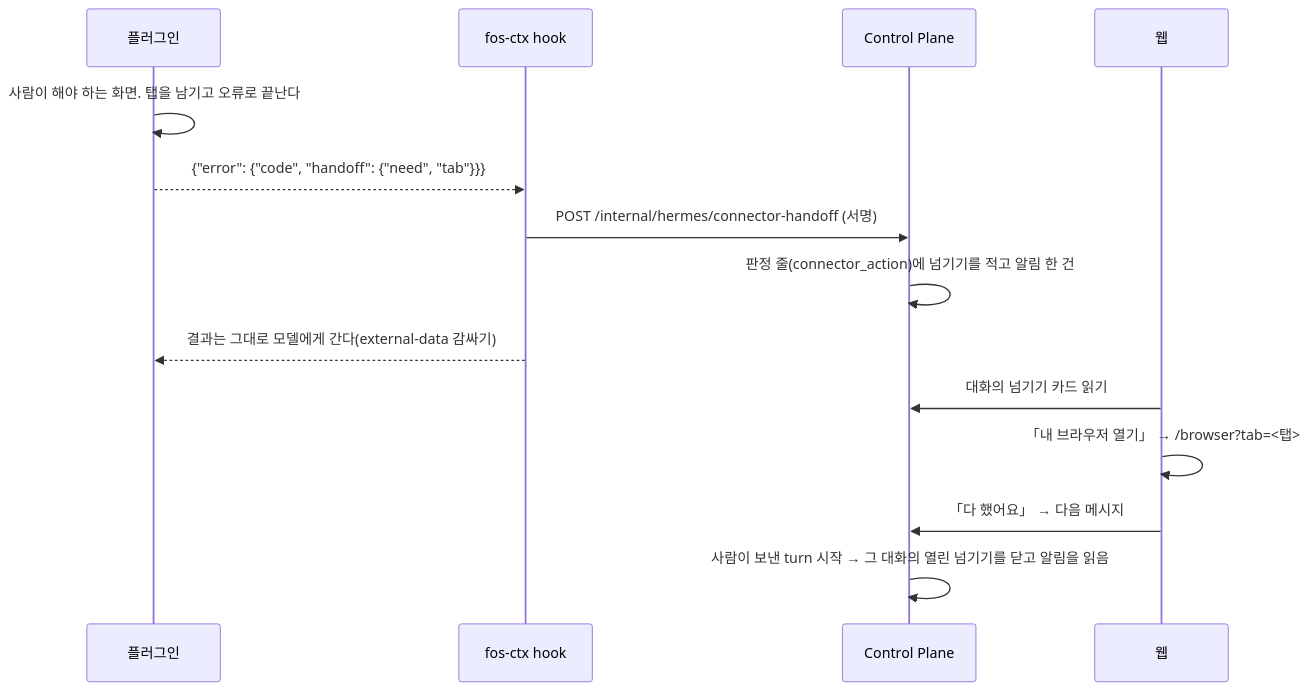
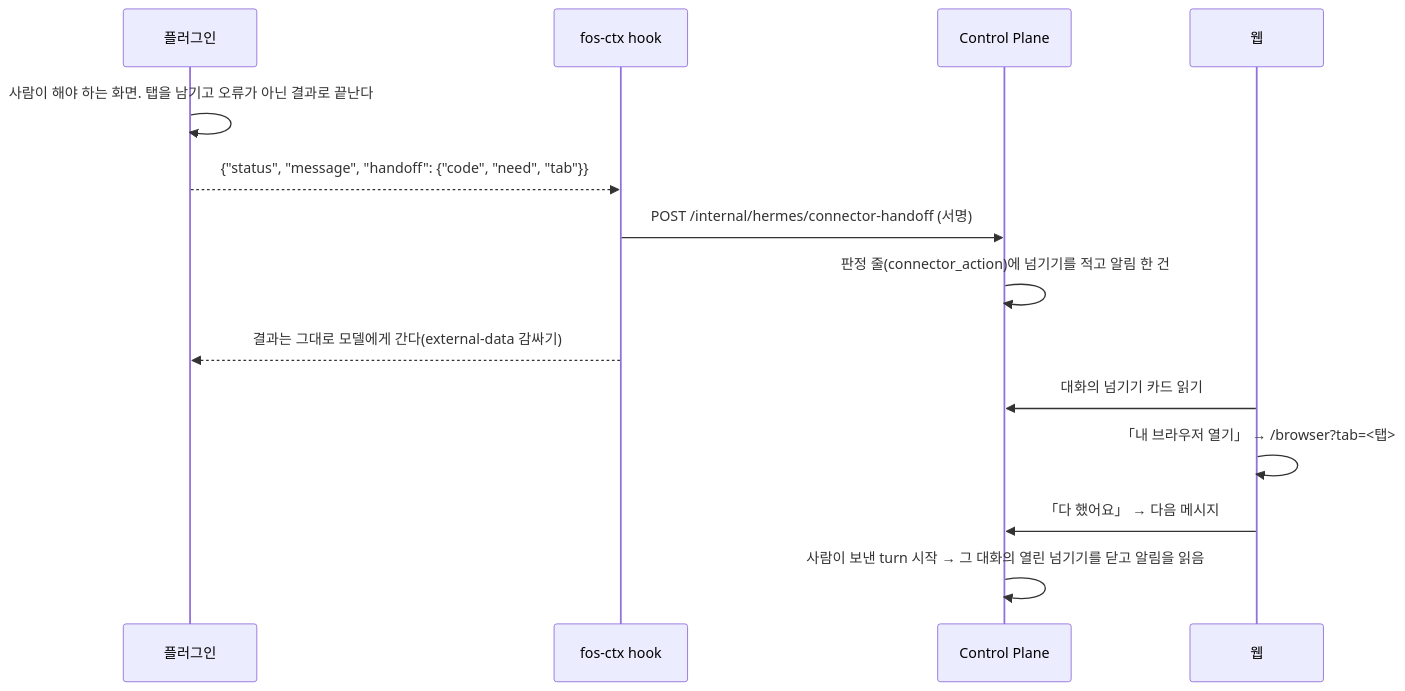
Before and after one commit to jon890/fos-assistant: the diagram in docs/features/naver-shopping/design.md, drawn with Mermaid. The commit also changed other lines of this file and 5 other files, not shown here.

First line of the commit message:
docs(docs): 화면 넘기기를 isError 가 아닌 결과로 돌려주기로 한 결정과 Hermes 집계 근거를 적는다

````diff
--- a/docs/features/naver-shopping/design.md
+++ b/docs/features/naver-shopping/design.md
@@ -228,20 +228,20 @@
 ```mermaid
 ---
 config:
   look: handDrawn
 ---
 sequenceDiagram
   participant P as 플러그인
   participant H as fos-ctx hook
   participant CP as Control Plane
   participant W as 웹
-  P->>P: 사람이 해야 하는 화면. 탭을 남기고 오류로 끝난다
-  P-->>H: {"error": {"code", "handoff": {"need", "tab"}}}
+  P->>P: 사람이 해야 하는 화면. 탭을 남기고 오류가 아닌 결과로 끝난다
+  P-->>H: {"status", "message", "handoff": {"code", "need", "tab"}}
   H->>CP: POST /internal/hermes/connector-handoff (서명)
   CP->>CP: 판정 줄(connector_action)에 넘기기를 적고 알림 한 건
   H-->>P: 결과는 그대로 모델에게 간다(external-data 감싸기)
   W->>CP: 대화의 넘기기 카드 읽기
   W->>W: 「내 브라우저 열기」 → /browser?tab=<탭>
   W->>CP: 「다 했어요」 → 다음 메시지
   CP->>CP: 사람이 보낸 turn 시작 → 그 대화의 열린 넘기기를 닫고 알림을 읽음
 ```
````
